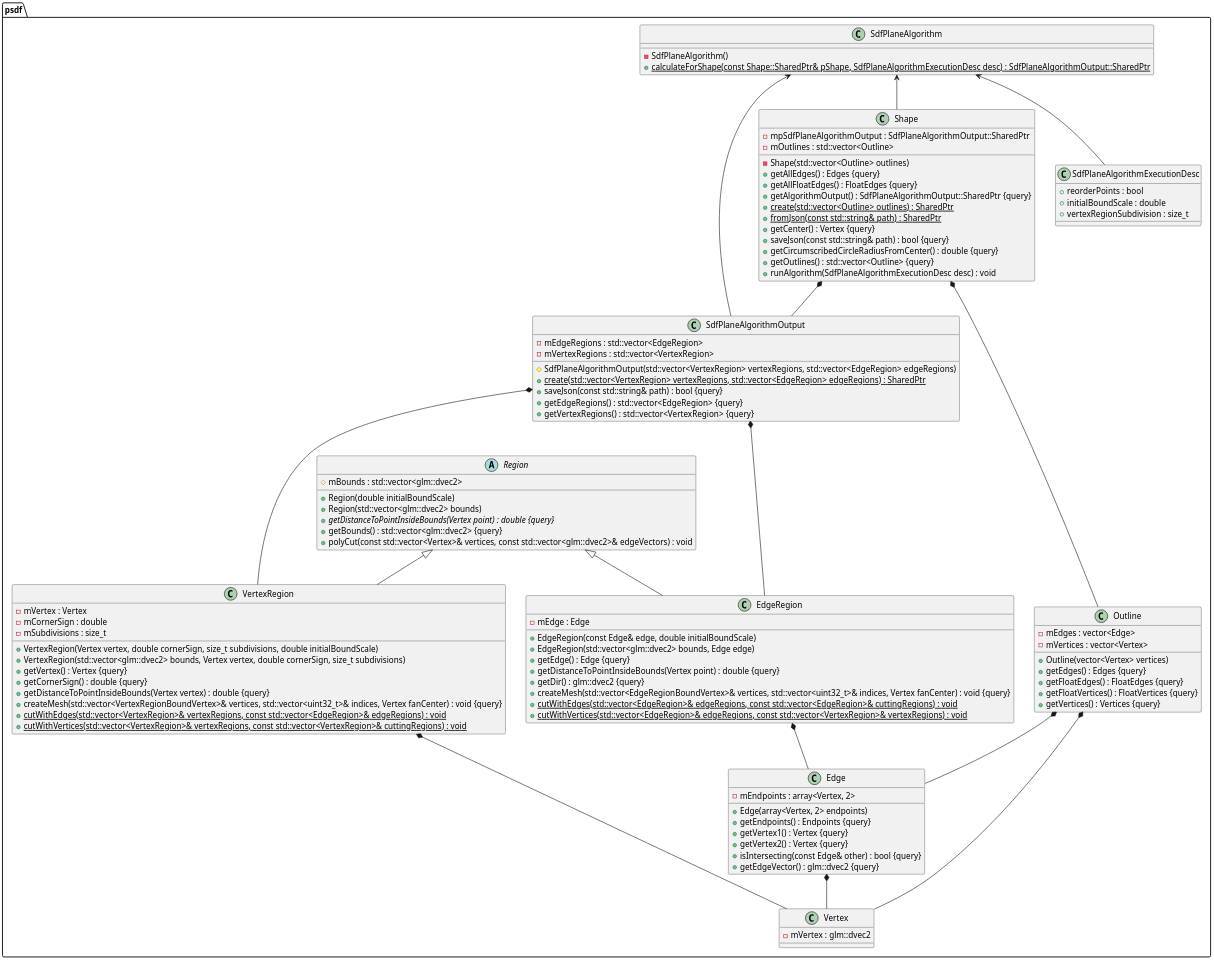
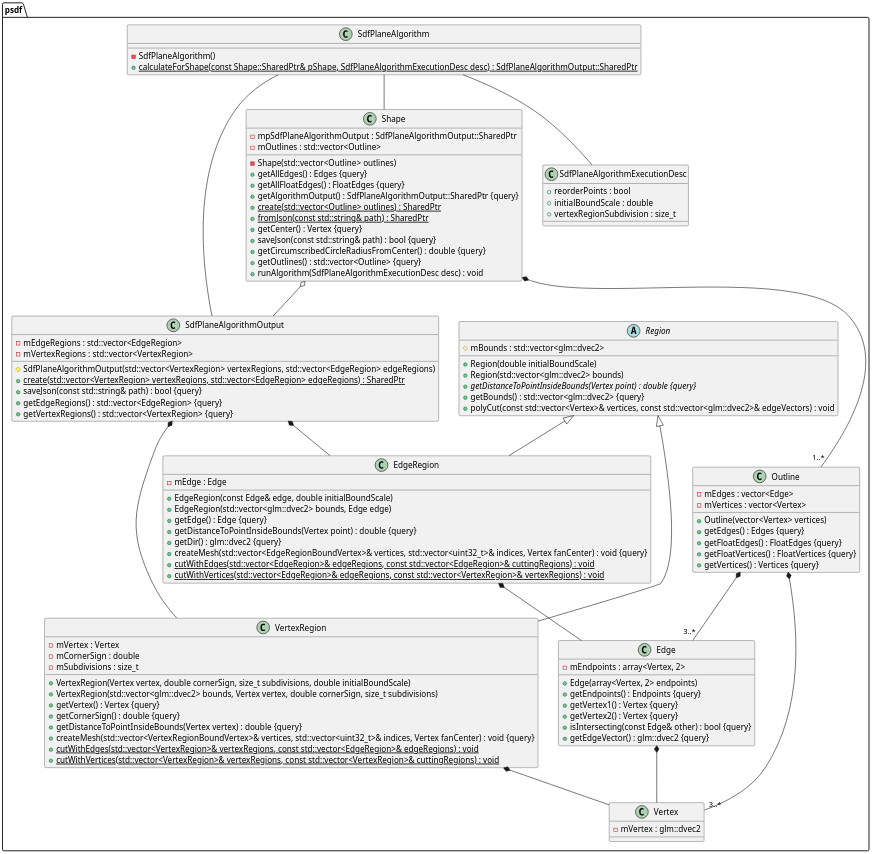
One commit to Isti01/PolygonSDF changed the diagram in Thesis/diagrams/class_algorithm.puml. Above: the diagram before and after it, drawn with PlantUML. The commit also changed 18 other files, not shown here.

```diff
--- a/Thesis/diagrams/class_algorithm.puml
+++ b/Thesis/diagrams/class_algorithm.puml
@@ -1,122 +1,122 @@
 @startuml
 
 scale 2
 
 
 namespace psdf {
 	class Edge {
 		+Edge(array<Vertex, 2> endpoints)
 		+getEndpoints() : Endpoints {query}
 		+getVertex1() : Vertex {query}
 		+getVertex2() : Vertex {query}
 		-mEndpoints : array<Vertex, 2>
 		+isIntersecting(const Edge& other) : bool {query}
 		+getEdgeVector() : glm::dvec2 {query}
 	}
 
 	class EdgeRegion {
 		+EdgeRegion(const Edge& edge, double initialBoundScale)
 		+EdgeRegion(std::vector<glm::dvec2> bounds, Edge edge)
 		+getEdge() : Edge {query}
 		-mEdge : Edge
 		+getDistanceToPointInsideBounds(Vertex point) : double {query}
 		+getDir() : glm::dvec2 {query}
 		+createMesh(std::vector<EdgeRegionBoundVertex>& vertices, std::vector<uint32_t>& indices, Vertex fanCenter) : void {query}
 		+{static} cutWithEdges(std::vector<EdgeRegion>& edgeRegions, const std::vector<EdgeRegion>& cuttingRegions) : void
 		+{static} cutWithVertices(std::vector<EdgeRegion>& edgeRegions, const std::vector<VertexRegion>& vertexRegions) : void
 	}
 
 	class Outline {
 		+Outline(vector<Vertex> vertices)
 		+getEdges() : Edges {query}
 		+getFloatEdges() : FloatEdges {query}
 		+getFloatVertices() : FloatVertices {query}
 		+getVertices() : Vertices {query}
 		-mEdges : vector<Edge>
 		-mVertices : vector<Vertex>
 	}
 
 	abstract class Region {
 		+Region(double initialBoundScale)
 		+Region(std::vector<glm::dvec2> bounds)
 		+{abstract} getDistanceToPointInsideBounds(Vertex point) : double {query}
 		+getBounds() : std::vector<glm::dvec2> {query}
 		#mBounds : std::vector<glm::dvec2>
 		+polyCut(const std::vector<Vertex>& vertices, const std::vector<glm::dvec2>& edgeVectors) : void
 	}
 
 	class SdfPlaneAlgorithm {
 		-SdfPlaneAlgorithm()
 		+{static} calculateForShape(const Shape::SharedPtr& pShape, SdfPlaneAlgorithmExecutionDesc desc) : SdfPlaneAlgorithmOutput::SharedPtr
 	}
 
 	class SdfPlaneAlgorithmOutput {
 		#SdfPlaneAlgorithmOutput(std::vector<VertexRegion> vertexRegions, std::vector<EdgeRegion> edgeRegions)
 		+{static} create(std::vector<VertexRegion> vertexRegions, std::vector<EdgeRegion> edgeRegions) : SharedPtr
 		+saveJson(const std::string& path) : bool {query}
 		+getEdgeRegions() : std::vector<EdgeRegion> {query}
 		-mEdgeRegions : std::vector<EdgeRegion>
 		+getVertexRegions() : std::vector<VertexRegion> {query}
 		-mVertexRegions : std::vector<VertexRegion>
 	}
 
 	class Shape {
 		-Shape(std::vector<Outline> outlines)
 		+getAllEdges() : Edges {query}
 		+getAllFloatEdges() : FloatEdges {query}
 		+getAlgorithmOutput() : SdfPlaneAlgorithmOutput::SharedPtr {query}
 		-mpSdfPlaneAlgorithmOutput : SdfPlaneAlgorithmOutput::SharedPtr
 		+{static} create(std::vector<Outline> outlines) : SharedPtr
 		+{static} fromJson(const std::string& path) : SharedPtr
 		+getCenter() : Vertex {query}
 		+saveJson(const std::string& path) : bool {query}
 		+getCircumscribedCircleRadiusFromCenter() : double {query}
 		+getOutlines() : std::vector<Outline> {query}
 		-mOutlines : std::vector<Outline>
 		+runAlgorithm(SdfPlaneAlgorithmExecutionDesc desc) : void
 	}
 
 	class Vertex {
 		-mVertex : glm::dvec2
 	}
 
 	class VertexRegion {
 		+VertexRegion(Vertex vertex, double cornerSign, size_t subdivisions, double initialBoundScale)
 		+VertexRegion(std::vector<glm::dvec2> bounds, Vertex vertex, double cornerSign, size_t subdivisions)
 		+getVertex() : Vertex {query}
 		-mVertex : Vertex
 		+getCornerSign() : double {query}
 		+getDistanceToPointInsideBounds(Vertex vertex) : double {query}
 		-mCornerSign : double
 		-mSubdivisions : size_t
 		+createMesh(std::vector<VertexRegionBoundVertex>& vertices, std::vector<uint32_t>& indices, Vertex fanCenter) : void {query}
 		+{static} cutWithEdges(std::vector<VertexRegion>& vertexRegions, const std::vector<EdgeRegion>& edgeRegions) : void
 		+{static} cutWithVertices(std::vector<VertexRegion>& vertexRegions, const std::vector<VertexRegion>& cuttingRegions) : void
 	}
 	class SdfPlaneAlgorithmExecutionDesc {
 		+reorderPoints : bool
 		+initialBoundScale : double
 		+vertexRegionSubdivision : size_t
 	}
 }
 
 
 psdf.Region <|-- psdf.EdgeRegion
 psdf.Region <|-- psdf.VertexRegion
 
 psdf.Edge *-- psdf.Vertex
 psdf.EdgeRegion *-- psdf.Edge
-psdf.Outline *-- psdf.Edge
-psdf.Outline *-- psdf.Vertex
+psdf.Outline *-- "3..*" psdf.Edge
+psdf.Outline *-- "3..*" psdf.Vertex
 psdf.SdfPlaneAlgorithmOutput *-- psdf.EdgeRegion
 psdf.SdfPlaneAlgorithmOutput *--- psdf.VertexRegion
-psdf.Shape *-- psdf.Outline
-psdf.Shape *-- psdf.SdfPlaneAlgorithmOutput
-psdf.VertexRegion *--- psdf.Vertex
+psdf.Shape *-- "1..*" psdf.Outline
+psdf.Shape o-- psdf.SdfPlaneAlgorithmOutput
+psdf.VertexRegion *-- psdf.Vertex
 
-psdf.SdfPlaneAlgorithm <-- psdf.Shape
-psdf.SdfPlaneAlgorithm <-- psdf.SdfPlaneAlgorithmOutput
-psdf.SdfPlaneAlgorithm <-- psdf.SdfPlaneAlgorithmExecutionDesc
+psdf.SdfPlaneAlgorithm -- psdf.Shape
+psdf.SdfPlaneAlgorithm -- psdf.SdfPlaneAlgorithmOutput
+psdf.SdfPlaneAlgorithm -- psdf.SdfPlaneAlgorithmExecutionDesc
 
 
 @enduml
```
